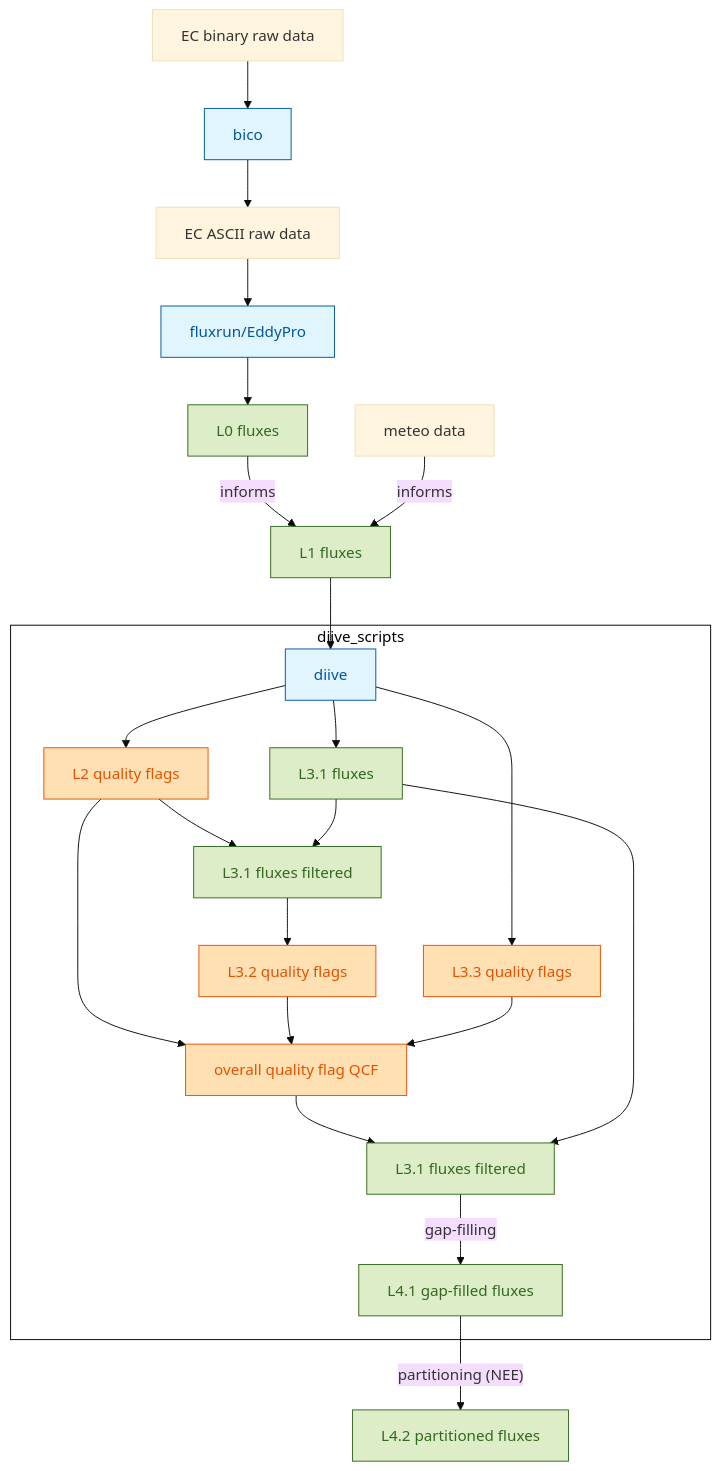
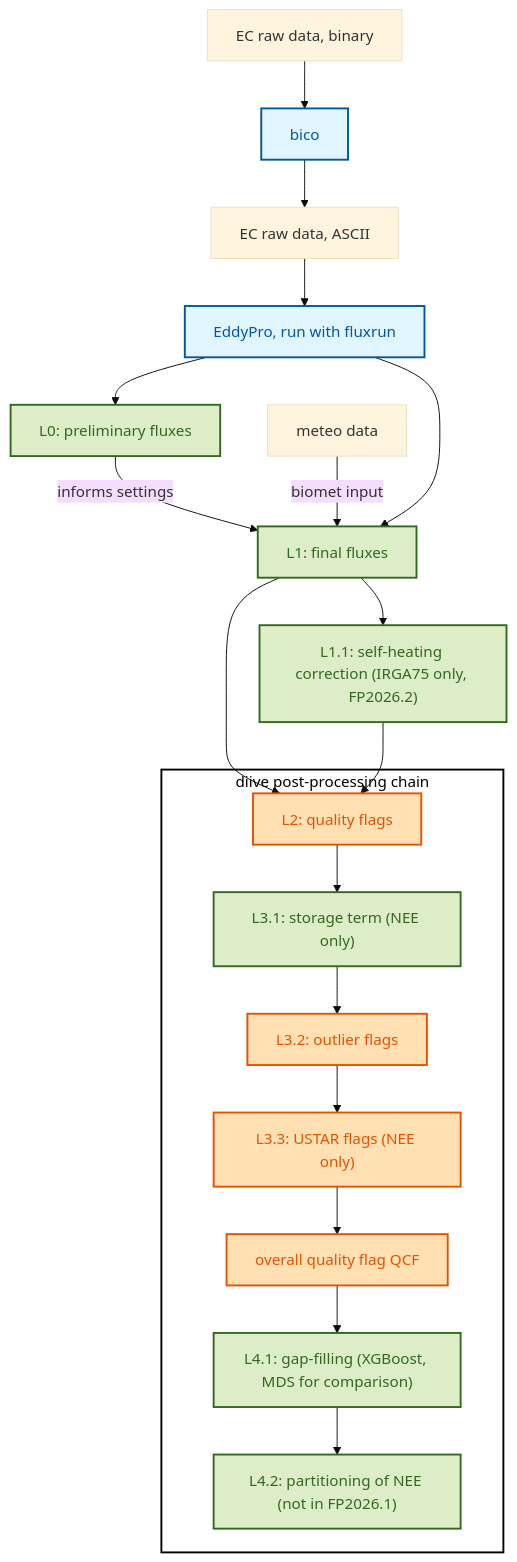
Before and after one commit to holukas/dataset_ch-lae_flux_product: the diagram in docs/FPC.qmd, drawn with Mermaid (base theme). The commit also changed other lines of this file and 38 other files, not shown here.

````diff
--- a/docs/FPC.qmd
+++ b/docs/FPC.qmd
@@ -9,58 +17,43 @@
 ```{mermaid}
+flowchart TB
+    ecbin["EC raw data, binary"]
+    bico["bico"]
+    eccsv["EC raw data, ASCII"]
+    met["meteo data"]
+    EP["EddyPro, run with fluxrun"]
+    L0F["L0: preliminary fluxes"]
+    L1F["L1: final fluxes"]
+    L11F["L1.1: self-heating correction (IRGA75 only, FP2026.2)"]
 
-flowchart
-	ecbin[EC binary raw data]
-    eccsv[EC ASCII raw data]
-    met[meteo data]
-    L0F[L0 fluxes]
-    L1F[L1 fluxes]
-	L42F[L4.2 partitioned fluxes]
-    bico[bico]
-    EP[fluxrun/EddyPro]
+    subgraph diive_chain["diive post-processing chain"]
+        L2QCF["L2: quality flags"]
+        L31F["L3.1: storage term (NEE only)"]
+        L32QCF["L3.2: outlier flags"]
+        L33QCF["L3.3: USTAR flags (NEE only)"]
+        QCF["overall quality flag QCF"]
+        L41F["L4.1: gap-filling (XGBoost, MDS for comparison)"]
+        L42F["L4.2: partitioning of NEE (not in FP2026.1)"]
+    end
 
-    %% ---------------- diive
-    subgraph diive_scripts
-    	diive[diive]
-        L2QCF[L2 quality flags]
-        L32QCF[L3.2 quality flags]
-        L33QCF[L3.3 quality flags]
-        QCF[overall quality flag QCF]
-        L31F[L3.1 fluxes]
-        L31QCF[L3.1 fluxes filtered]        
-	    L31Ffiltered[L3.1 fluxes filtered]
-        L41F[L4.1 gap-filled fluxes]
-    end
-    
+    ecbin --> bico --> eccsv --> EP
+    EP --> L0F
+    L0F -- "informs settings" --> L1F
+    met -- "biomet input" --> L1F
+    EP --> L1F
+    L1F --> L11F
+    L1F --> L2QCF
+    L11F --> L2QCF
+    L2QCF --> L31F --> L32QCF --> L33QCF --> QCF --> L41F --> L42F
 
-	ecbin --> bico --> eccsv --> EP
-    EP --> L0F -- informs --> L1F
-    met -- informs --> L1F
-    
-    L1F --> diive    
-    diive --> L2QCF
-    diive --> L31F
-    diive --> L33QCF
-	L2QCF --> L31Ffiltered
-    L2QCF --> QCF
-    L32QCF --> QCF
-    L33QCF --> QCF
-    QCF --> L31QCF
-    L31F --> L31QCF        
-    L31QCF -- gap-filling --> L41F
-    L31F --> L31Ffiltered
-    L31Ffiltered --> L32QCF
-    L41F -- partitioning (NEE) --> L42F
-
-    classDef orange fill:#FFE0B2,stroke:#E65100,stroke_width:4px,color:#E65100
+    classDef orange fill:#FFE0B2,stroke:#E65100,stroke-width:2px,color:#E65100
     class L2QCF,L32QCF,L33QCF,QCF orange
 
-    classDef green fill:#DCEDC8,stroke:#33691E,stroke_width:4px,color:#33691E
-    class L0F,L1F,L31F,L31Ffiltered,L31QCF,L41F,L42F green
+    classDef green fill:#DCEDC8,stroke:#33691E,stroke-width:2px,color:#33691E
+    class L0F,L1F,L11F,L31F,L41F,L42F green
 
-    classDef blue fill:#E1F5FE,stroke:#01579B,stroke_width:4px,color:#01579B
-    class bico,EP,diive blue
+    classDef blue fill:#E1F5FE,stroke:#01579B,stroke-width:2px,color:#01579B
+    class bico,EP blue
 
-    classDef white fill:#FFFFFF,stroke:#000000,stroke_width:4px,color:#000000
-    class diive_scripts white
-
+    classDef white fill:#FFFFFF,stroke:#000000,stroke-width:2px,color:#000000
+    class diive_chain white
 ```
````
